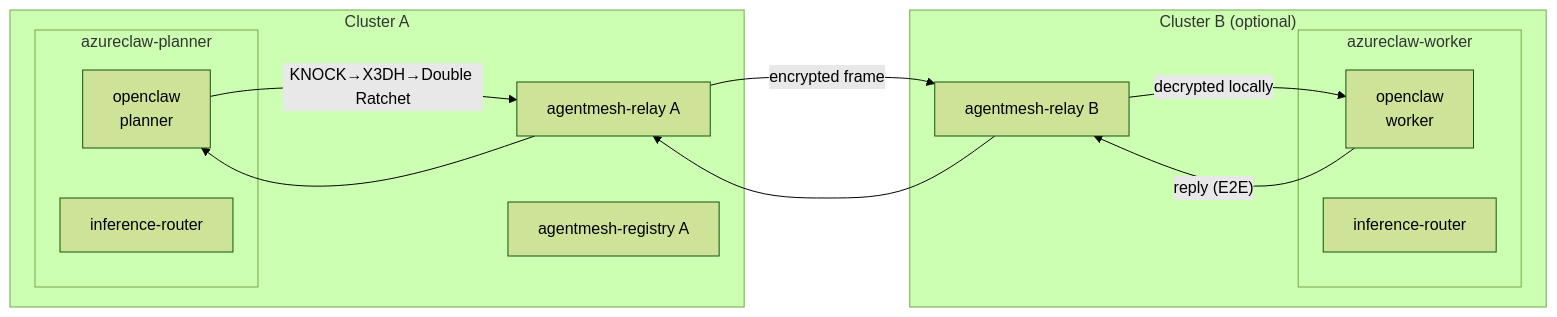
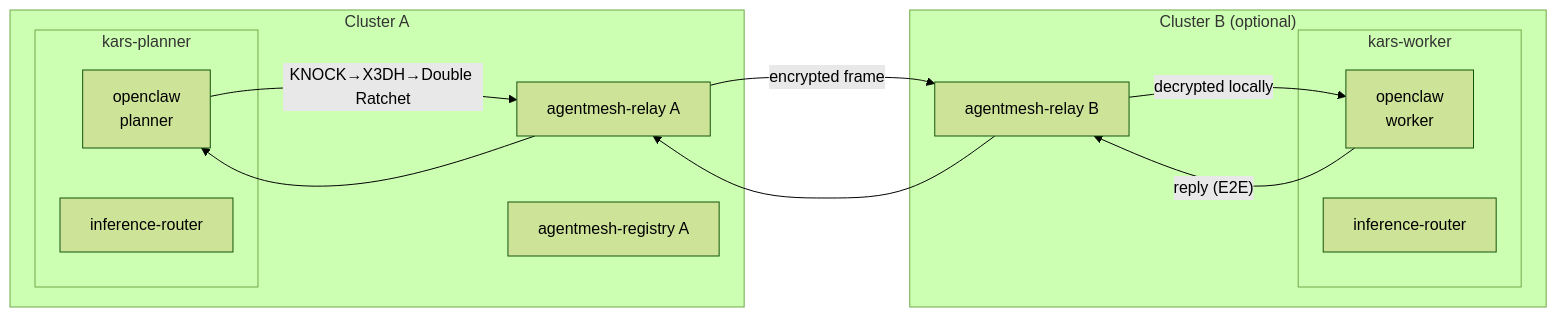
One commit to lachie83/kars changed the third of 6 diagrams in docs/use-cases.md. Above: the diagram before and after it, drawn with Mermaid (forest theme). The commit also changed other lines of this file and 694 other files, not shown here.

````diff
--- a/docs/use-cases.md
+++ b/docs/use-cases.md
@@ -286,25 +286,25 @@
 ```mermaid
 graph LR
     subgraph ClusterA["Cluster A"]
-        subgraph NSP["azureclaw-planner"]
+        subgraph NSP["kars-planner"]
             OCP[openclaw<br/>planner]
             IRP[inference-router]
         end
         RELAY_A[agentmesh-relay A]
         REG_A[agentmesh-registry A]
     end
     subgraph ClusterB["Cluster B (optional)"]
-        subgraph NSW["azureclaw-worker"]
+        subgraph NSW["kars-worker"]
             OCW[openclaw<br/>worker]
             IRW[inference-router]
         end
         RELAY_B[agentmesh-relay B]
     end
 
     OCP -- "KNOCK→X3DH→Double Ratchet" --> RELAY_A
     RELAY_A -- "encrypted frame" --> RELAY_B
     RELAY_B -- "decrypted locally" --> OCW
     OCW -- "reply (E2E)" --> RELAY_B
     RELAY_B --> RELAY_A
     RELAY_A --> OCP
 ```
````
